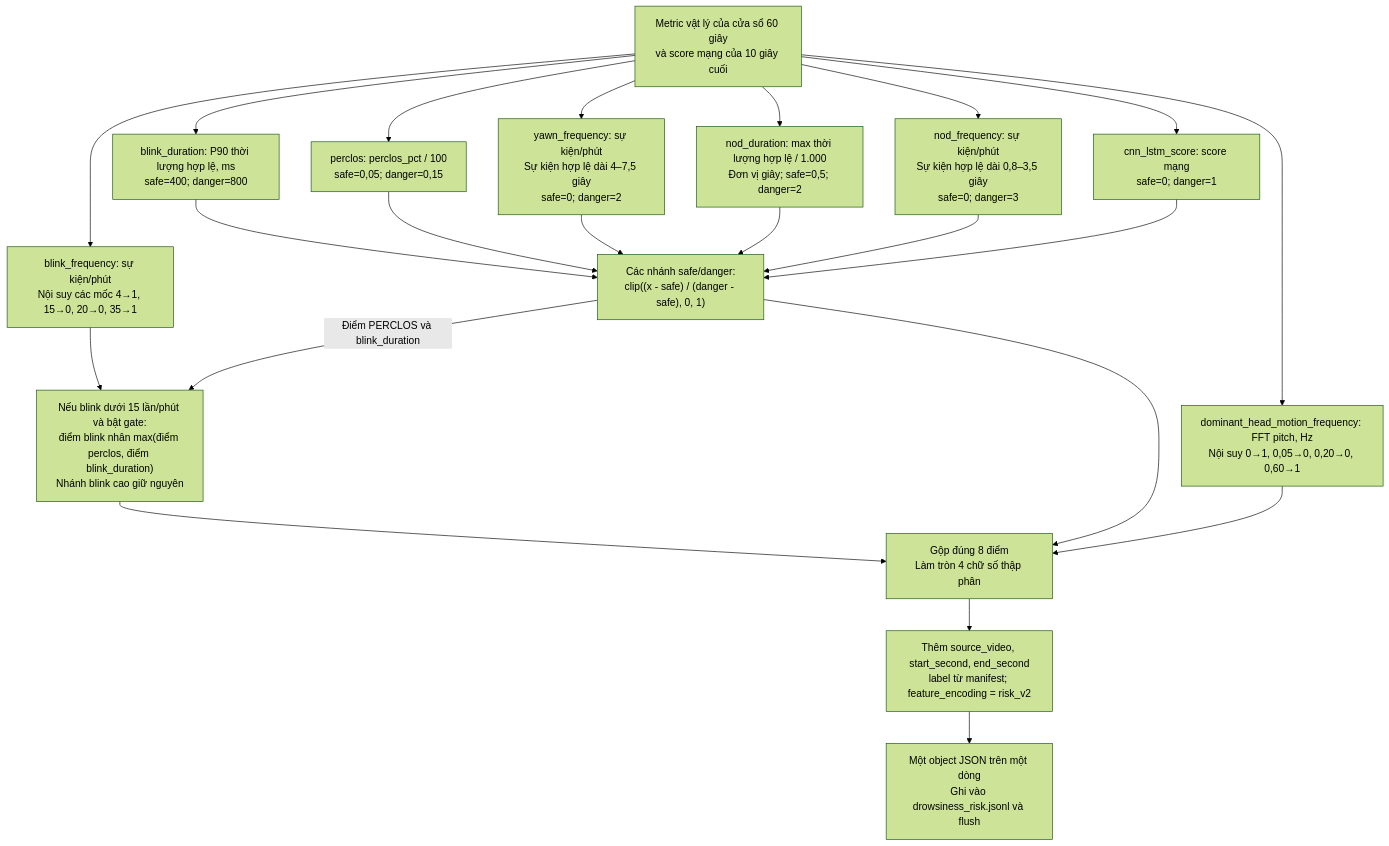
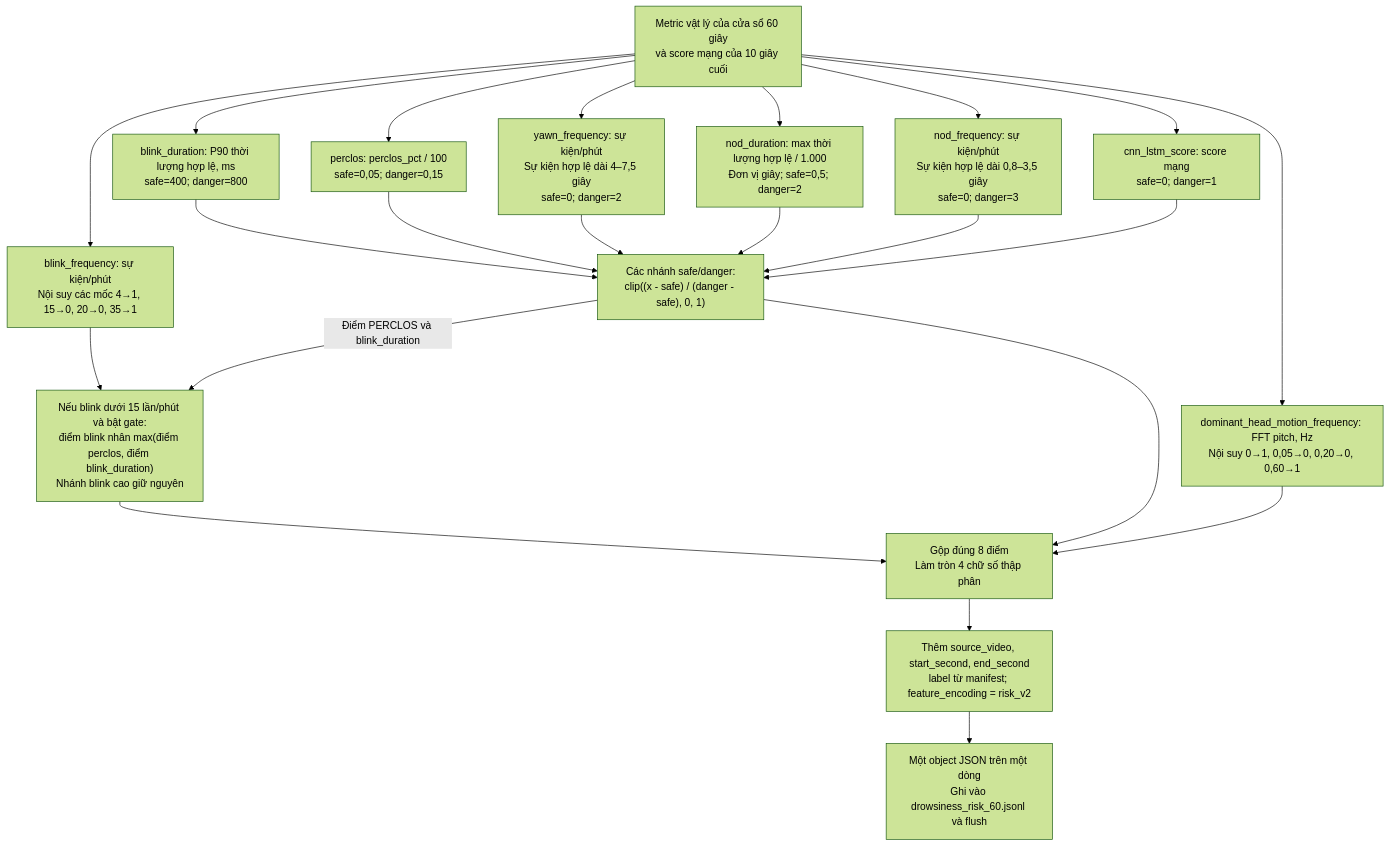
Before and after one commit to minh4bys2-non/driver-guardian: the seventh of 7 diagrams in ai/OptimalAlgorithsm/DataSystem/README.md, drawn with Mermaid (forest theme). The commit also changed other lines of this file and 3 other files, not shown here.

````diff
--- a/ai/OptimalAlgorithsm/DataSystem/README.md
+++ b/ai/OptimalAlgorithsm/DataSystem/README.md
@@ -509,25 +511,25 @@
 ```mermaid
 flowchart TD
     METRIC["Metric vật lý của cửa sổ 60 giây<br/>và score mạng của 10 giây cuối"]
     METRIC --> BF["blink_frequency: sự kiện/phút<br/>Nội suy các mốc 4→1, 15→0, 20→0, 35→1"]
     METRIC --> BD["blink_duration: P90 thời lượng hợp lệ, ms<br/>safe=400; danger=800"]
     METRIC --> PC["perclos: perclos_pct / 100<br/>safe=0,05; danger=0,15"]
     METRIC --> YF["yawn_frequency: sự kiện/phút<br/>Sự kiện hợp lệ dài 4–7,5 giây<br/>safe=0; danger=2"]
     METRIC --> ND["nod_duration: max thời lượng hợp lệ / 1.000<br/>Đơn vị giây; safe=0,5; danger=2"]
     METRIC --> NF["nod_frequency: sự kiện/phút<br/>Sự kiện hợp lệ dài 0,8–3,5 giây<br/>safe=0; danger=3"]
     METRIC --> HF["dominant_head_motion_frequency: FFT pitch, Hz<br/>Nội suy 0→1, 0,05→0, 0,20→0, 0,60→1"]
     METRIC --> NN["cnn_lstm_score: score mạng<br/>safe=0; danger=1"]
     BD --> LINEAR["Các nhánh safe/danger:<br/>clip((x - safe) / (danger - safe), 0, 1)"]
     PC --> LINEAR
     YF --> LINEAR
     ND --> LINEAR
     NF --> LINEAR
     NN --> LINEAR
     BF --> GATE["Nếu blink dưới 15 lần/phút và bật gate:<br/>điểm blink nhân max(điểm perclos, điểm blink_duration)<br/>Nhánh blink cao giữ nguyên"]
     LINEAR -->|Điểm PERCLOS và blink_duration| GATE
     GATE --> MERGE["Gộp đúng 8 điểm<br/>Làm tròn 4 chữ số thập phân"]
     LINEAR --> MERGE
     HF --> MERGE
     MERGE --> META["Thêm source_video, start_second, end_second<br/>label từ manifest; feature_encoding = risk_v2"]
-    META --> JSONL["Một object JSON trên một dòng<br/>Ghi vào drowsiness_risk.jsonl và flush"]
+    META --> JSONL["Một object JSON trên một dòng<br/>Ghi vào drowsiness_risk_60.jsonl và flush"]
 ```
````
